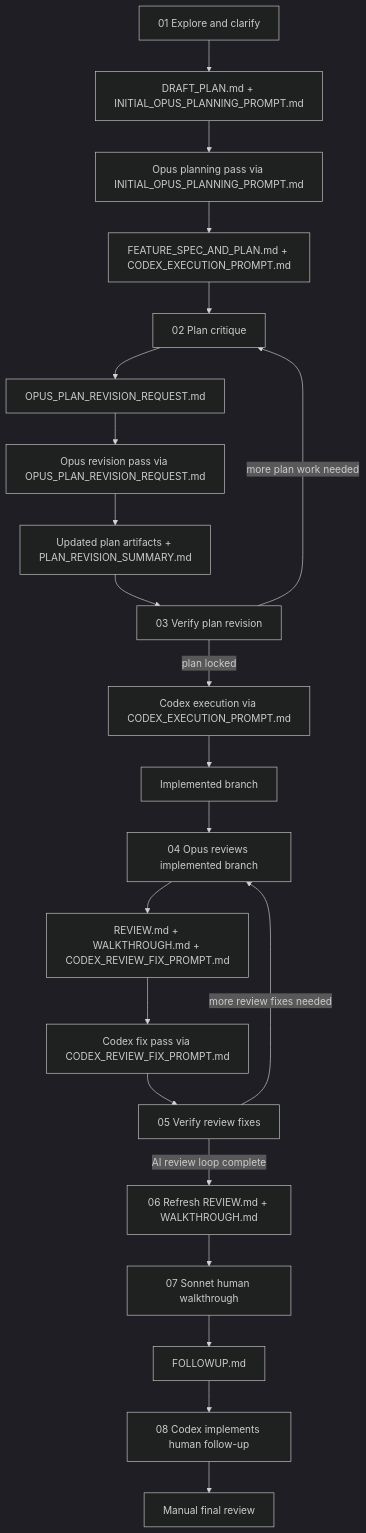
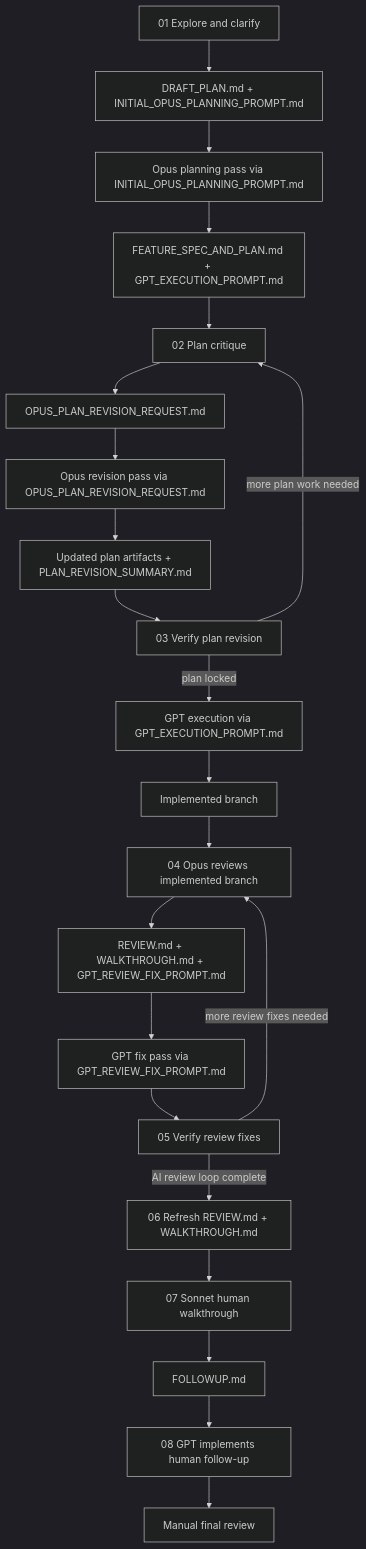
One commit to viseshrp/ai-coding-workflow changed the diagram in README.md. Above: the diagram before and after it, drawn with Mermaid (dark theme). The commit also changed other lines of this file and 8 other files, not shown here.

Commit message:
rename Codex to GPT

````diff
--- a/README.md
+++ b/README.md
@@ -216,24 +216,24 @@
 ```mermaid
 flowchart TD
     A["01 Explore and clarify"] --> B["DRAFT_PLAN.md + INITIAL_OPUS_PLANNING_PROMPT.md"]
     B --> C["Opus planning pass via INITIAL_OPUS_PLANNING_PROMPT.md"]
-    C --> D["FEATURE_SPEC_AND_PLAN.md + CODEX_EXECUTION_PROMPT.md"]
+    C --> D["FEATURE_SPEC_AND_PLAN.md + GPT_EXECUTION_PROMPT.md"]
     D --> E["02 Plan critique"]
     E --> F["OPUS_PLAN_REVISION_REQUEST.md"]
     F --> G["Opus revision pass via OPUS_PLAN_REVISION_REQUEST.md"]
     G --> H["Updated plan artifacts + PLAN_REVISION_SUMMARY.md"]
     H --> I["03 Verify plan revision"]
     I -- "more plan work needed" --> E
-    I -- "plan locked" --> J["Codex execution via CODEX_EXECUTION_PROMPT.md"]
+    I -- "plan locked" --> J["GPT execution via GPT_EXECUTION_PROMPT.md"]
     J --> K["Implemented branch"]
     K --> L["04 Opus reviews implemented branch"]
-    L --> M["REVIEW.md + WALKTHROUGH.md + CODEX_REVIEW_FIX_PROMPT.md"]
-    M --> N["Codex fix pass via CODEX_REVIEW_FIX_PROMPT.md"]
+    L --> M["REVIEW.md + WALKTHROUGH.md + GPT_REVIEW_FIX_PROMPT.md"]
+    M --> N["GPT fix pass via GPT_REVIEW_FIX_PROMPT.md"]
     N --> O["05 Verify review fixes"]
     O -- "more review fixes needed" --> L
     O -- "AI review loop complete" --> P["06 Refresh REVIEW.md + WALKTHROUGH.md"]
     P --> Q["07 Sonnet human walkthrough"]
     Q --> R["FOLLOWUP.md"]
-    R --> S["08 Codex implements human follow-up"]
+    R --> S["08 GPT implements human follow-up"]
     S --> T["Manual final review"]
 ```
````
